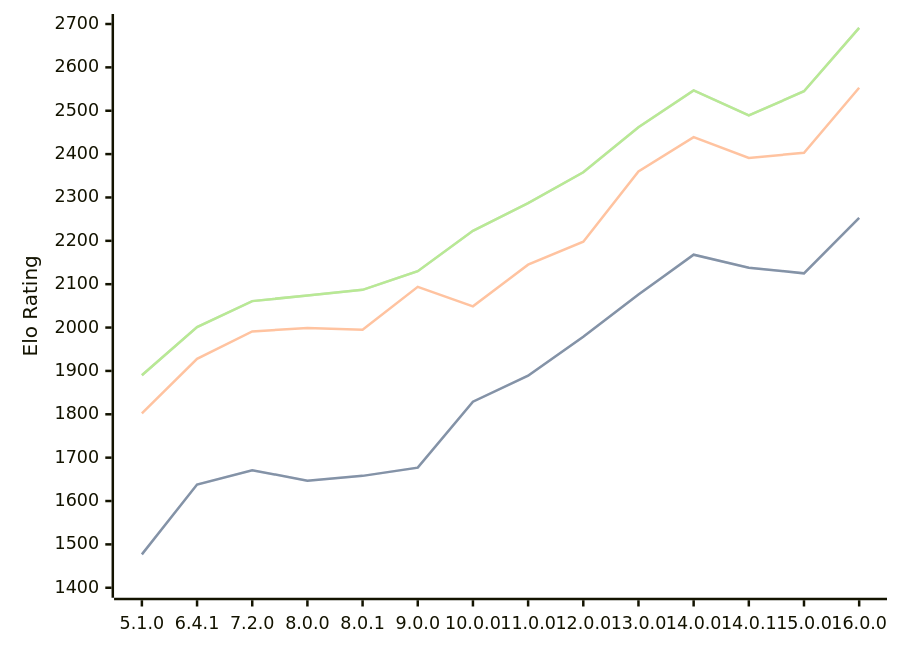
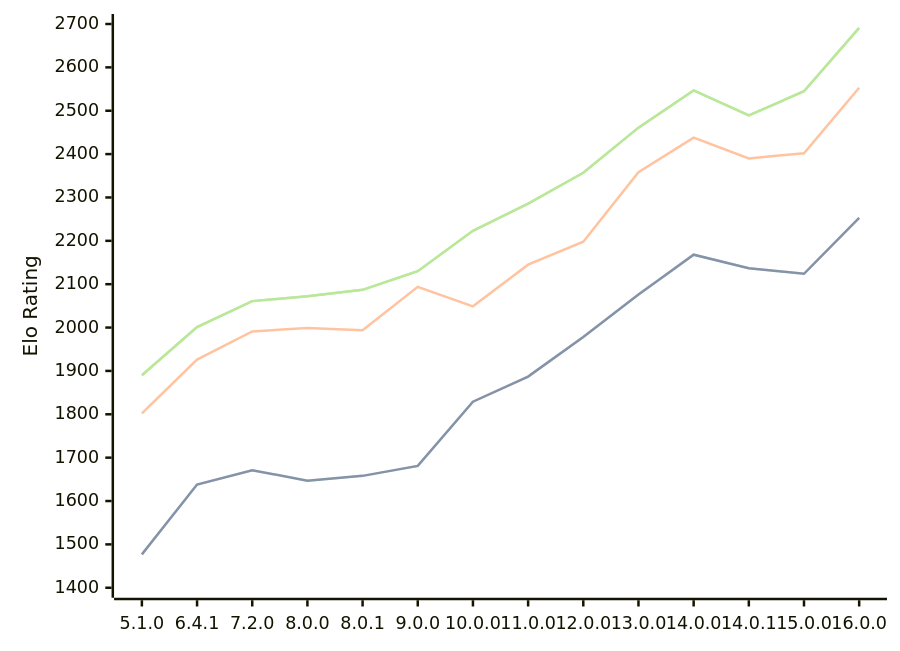
One commit to computer-chess-index/cci changed the diagram in engines/Cepimetheus.md. Above: the diagram before and after it, drawn with Mermaid. The commit also changed other lines of this file, not shown here.

Commit message:
Update CCI Ratings (ELO VLTC) - 2026-10-01

````diff
--- a/engines/Cepimetheus.md
+++ b/engines/Cepimetheus.md
@@ -68,11 +68,11 @@
 ```mermaid
 %%{init: {"theme":"base","themeVariables":{"seriesColors:['#a3a3a3','#222221','#faa371']}}}%%
 xychart-beta
   x-axis ["5.1.0", "6.4.1", "7.2.0", "8.0.0", "8.0.1", "9.0.0", "10.0.0", "11.0.0", "12.0.0", "13.0.0", "14.0.0", "14.0.1", "15.0.0", "16.0.0"]
   y-axis "Elo Rating" 1400 --> 2700
-  line "" [1477, 1638, 1671, 1647, 1658, 1677, 1829, 1889, 1979, 2076, 2168, 2138, 2125, 2253]
-  line "STC (8.0+0.08s)" [1477, 1638, 1671, 1647, 1658, 1677, 1829, 1889, 1979, 2076, 2168, 2138, 2125, 2253]
-  line "LTC (60.0+0.60s)" [1802, 1928, 1991, 1999, 1995, 2094, 2049, 2145, 2198, 2360, 2439, 2391, 2403, 2553]
-  line "" [1890, 2001, 2061, 2074, 2087, 2130, 2223, 2287, 2358, 2462, 2547, 2489, 2545, 2691]
-  line "VLTC (2m24s+1.12s)" [1890, 2001, 2061, 2074, 2087, 2130, 2223, 2287, 2358, 2462, 2547, 2489, 2545, 2691]
+  line "" [1477, 1638, 1671, 1647, 1658, 1681, 1829, 1887, 1978, 2076, 2168, 2137, 2124, 2253]
+  line "STC (8.0+0.08s)" [1477, 1638, 1671, 1647, 1658, 1681, 1829, 1887, 1978, 2076, 2168, 2137, 2124, 2253]
+  line "LTC (60.0+0.60s)" [1802, 1926, 1991, 1999, 1994, 2094, 2049, 2145, 2198, 2358, 2438, 2390, 2402, 2553]
+  line "" [1890, 2001, 2061, 2072, 2087, 2130, 2223, 2286, 2357, 2461, 2547, 2489, 2545, 2691]
+  line "VLTC (2m24s+1.12s)" [1890, 2001, 2061, 2072, 2087, 2130, 2223, 2286, 2357, 2461, 2547, 2489, 2545, 2691]
 ```
````
